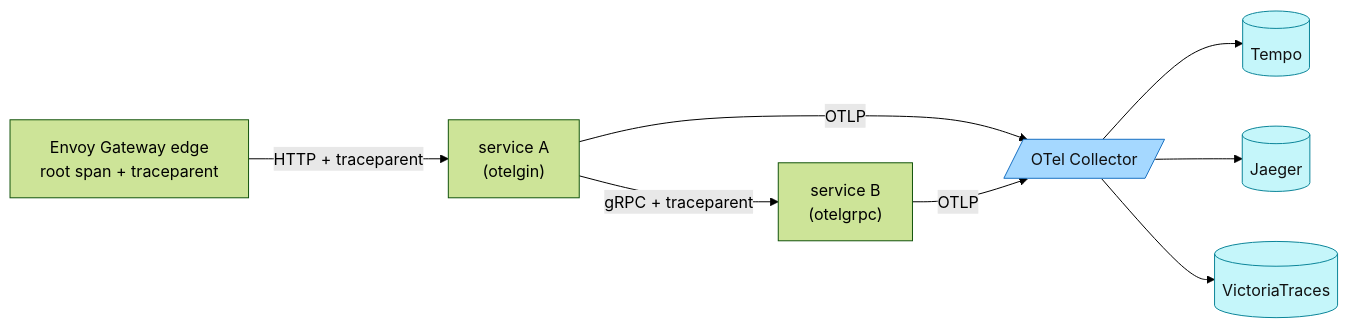
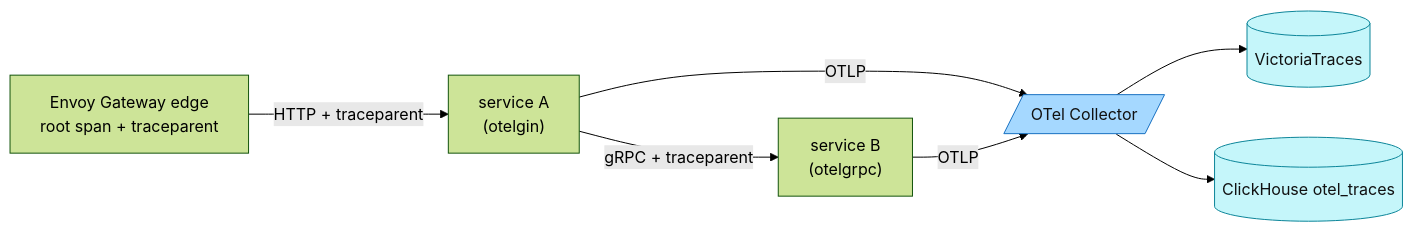
One commit to duynhlab/homelab changed the seventh of 8 diagrams in docs/observability/opentelemetry/fundamentals.md. Above: the diagram before and after it, drawn with Mermaid (forest theme). The commit also changed other lines of this file and 57 other files, not shown here.

````diff
--- a/docs/observability/opentelemetry/fundamentals.md
+++ b/docs/observability/opentelemetry/fundamentals.md
@@ -434,14 +436,13 @@
 ```mermaid
 flowchart LR
     edge["Envoy Gateway edge<br/>root span + traceparent"] -->|"HTTP + traceparent"| a["service A<br/>(otelgin)"]
     a -->|"gRPC + traceparent"| b["service B<br/>(otelgrpc)"]
     a -->|"OTLP"| col[/"OTel Collector"/]
     b -->|"OTLP"| col
-    col --> tempo[(Tempo)]
-    col --> jaeger[(Jaeger)]
     col --> vt[(VictoriaTraces)]
+    col --> ch[(ClickHouse otel_traces)]
     classDef otc fill:#a5d8ff,stroke:#1971c2,color:#111;
     classDef trace fill:#c5f6fa,stroke:#0c8599,color:#111;
     class col otc;
-    class tempo,jaeger,vt trace;
+    class vt,ch trace;
 ```
````
